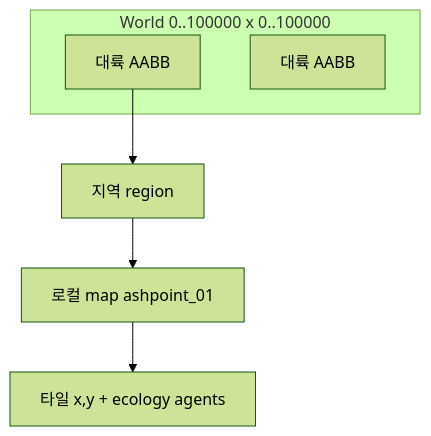
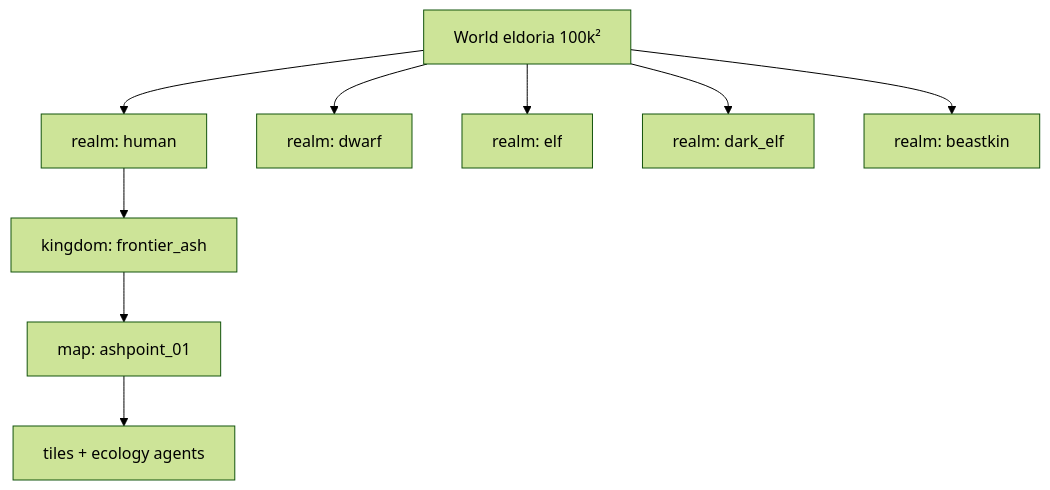
Before and after one commit to weed97/test1: the diagram in fantasy_simulator/docs/design/23_WORLD_SCALE_AND_TEN_CONTINENTS.md, drawn with Mermaid (forest theme). The commit also changed other lines of this file and 3 other files, not shown here.

````diff
--- a/fantasy_simulator/docs/design/23_WORLD_SCALE_AND_TEN_CONTINENTS.md
+++ b/fantasy_simulator/docs/design/23_WORLD_SCALE_AND_TEN_CONTINENTS.md
@@ -18,10 +12,12 @@
 ```mermaid
 flowchart TB
-  subgraph world [World 0..100000 x 0..100000]
-    C1[대륙 AABB]
-    C2[대륙 AABB]
-  end
-  C1 --> R1[지역 region]
-  R1 --> M1[로컬 map ashpoint_01]
-  M1 --> T1[타일 x,y + ecology agents]
+  W[World eldoria 100k²]
+  W --> R1[realm: human]
+  W --> R2[realm: dwarf]
+  W --> R3[realm: elf]
+  W --> R4[realm: dark_elf]
+  W --> R5[realm: beastkin]
+  R1 --> K1[kingdom: frontier_ash]
+  K1 --> M1[map: ashpoint_01]
+  M1 --> T[tiles + ecology agents]
 ```
````
